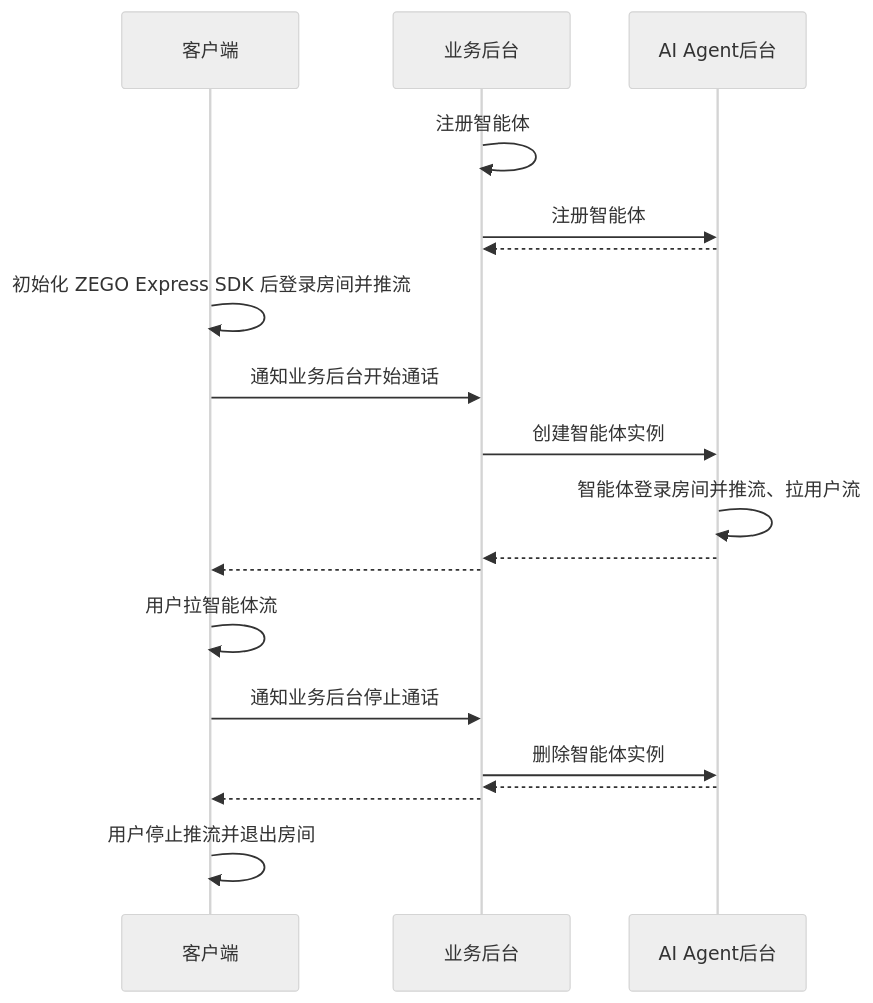
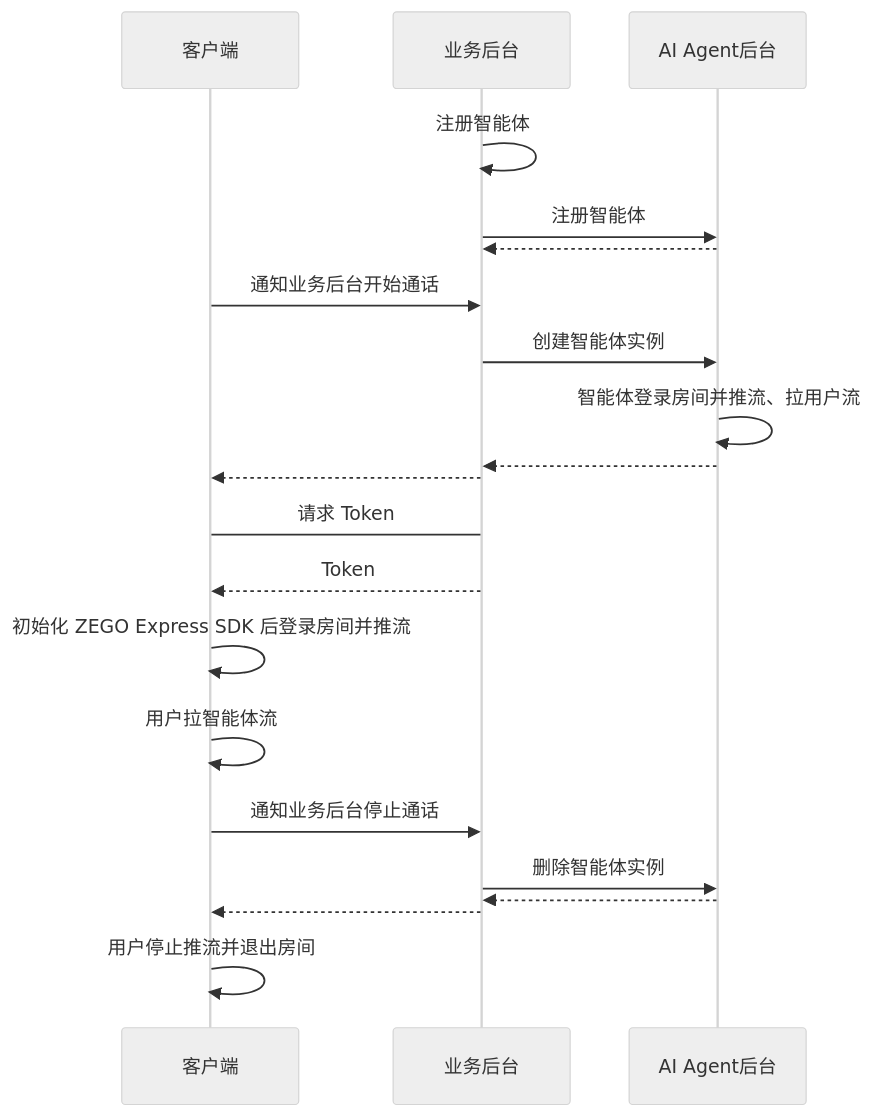
One commit to ZEGOCLOUD/docs_all changed the diagram in core_products/aiagent/zh/docs_aiagent_server_zh/Quick start.mdx. Above: the diagram before and after it, drawn with Mermaid (neutral theme). The commit also changed 1 other file, not shown here.

Commit message:
更新AIAgent客户端的快速开始

````diff
--- a/core_products/aiagent/zh/docs_aiagent_server_zh/Quick start.mdx
+++ b/core_products/aiagent/zh/docs_aiagent_server_zh/Quick start.mdx
@@ -25,28 +25,31 @@
 ```mermaid
 sequenceDiagram
     participant 客户端
     participant 业务后台
     participant AI Agent后台
-    
+   
     业务后台->>业务后台: 注册智能体
     业务后台->>AI Agent后台: 注册智能体
     AI Agent后台-->>业务后台: 
 
-    客户端->>客户端: 初始化 ZEGO Express SDK 后登录房间并推流
-    
     客户端->>业务后台: 通知业务后台开始通话
     业务后台->>AI Agent后台: 创建智能体实例
     AI Agent后台->>AI Agent后台: 智能体登录房间并推流、拉用户流
     AI Agent后台-->>业务后台: 
     业务后台-->>客户端: 
+    
+    客户端->业务后台: 请求 Token
+    业务后台-->>客户端: Token
+    
+    客户端->>客户端: 初始化 ZEGO Express SDK 后登录房间并推流
     
     
     客户端->>客户端: 用户拉智能体流
     
     客户端->>业务后台: 通知业务后台停止通话
     业务后台->>AI Agent后台: 删除智能体实例
     AI Agent后台-->>业务后台: 
     业务后台-->>客户端: 
     
     客户端->>客户端: 用户停止推流并退出房间
 ```
````
